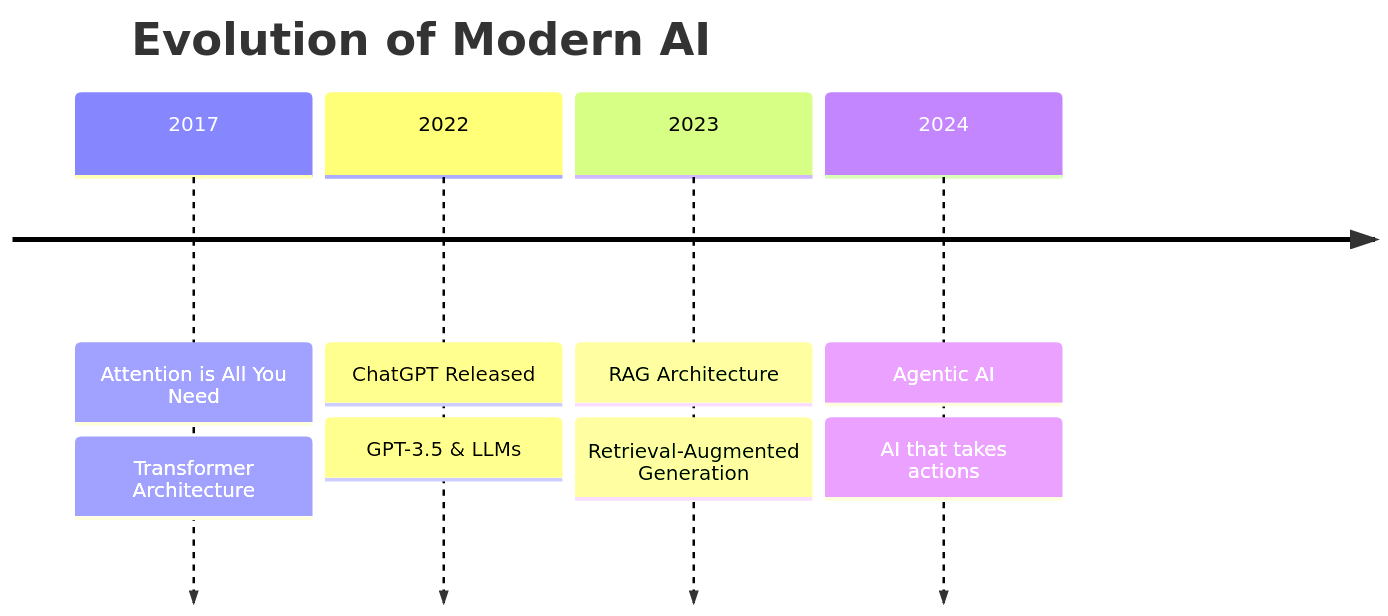
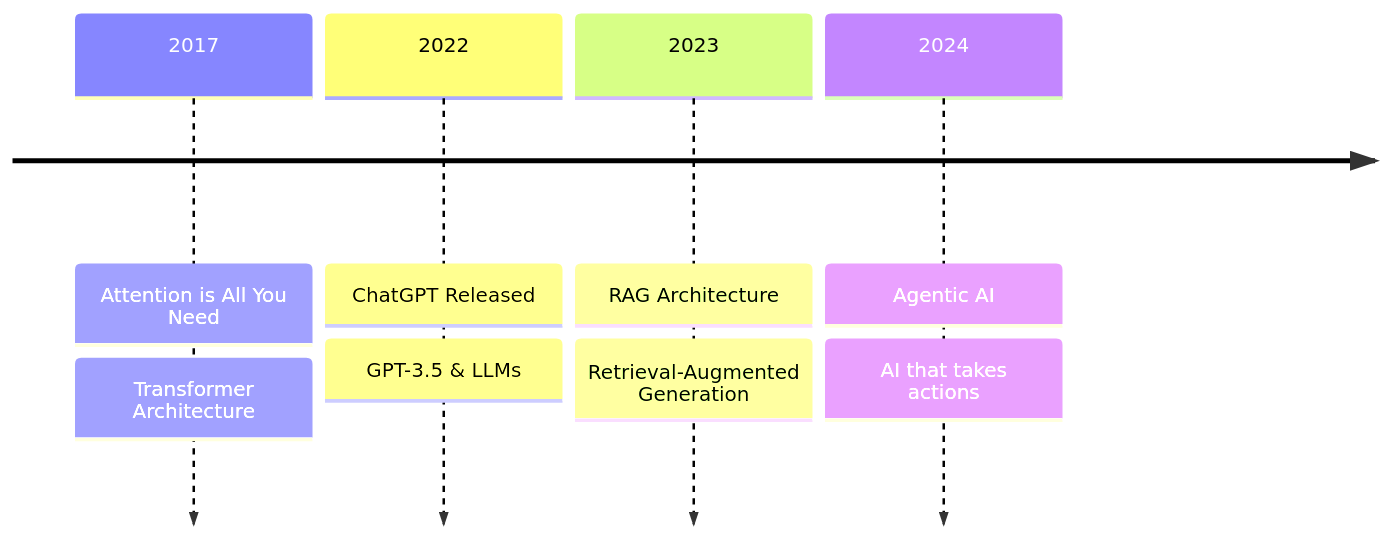
The first of 3 diagrams in slides.md (robstrader/agentic-ai-presentation), drawn with Mermaid before and after one commit. The commit also changed other lines of this file, not shown here.

Commit message:
fix: tweak diagrams to fit

````diff
--- a/slides.md
+++ b/slides.md
@@ -32,12 +32,11 @@
-```mermaid {scale: 0.85}
+```mermaid {scale: 0.75}
 timeline
-    title Evolution of Modern AI
     2017 : Attention is All You Need
          : Transformer Architecture
     2022 : ChatGPT Released
          : GPT-3.5 & LLMs
     2023 : RAG Architecture
          : Retrieval-Augmented Generation
     2024 : Agentic AI
          : AI that takes actions
 ```
````
